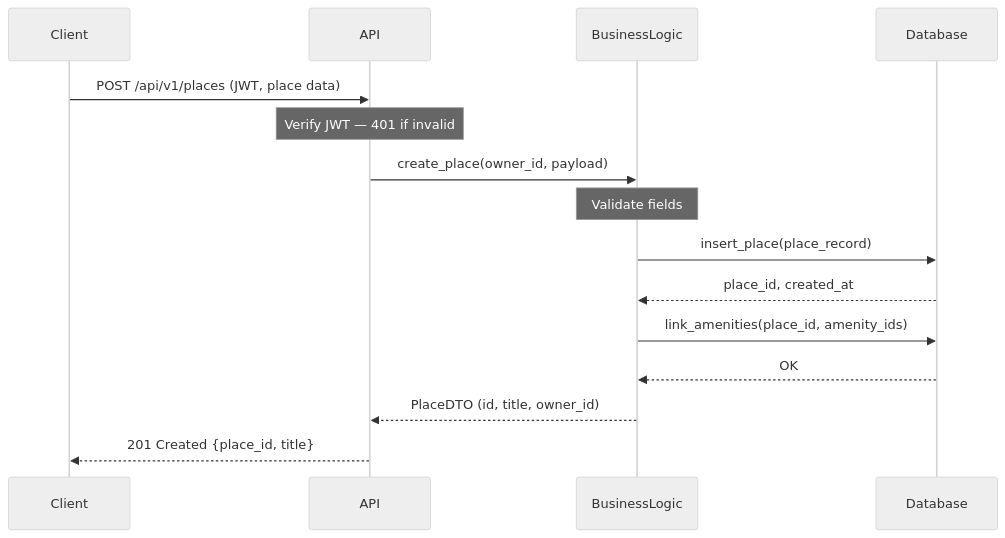
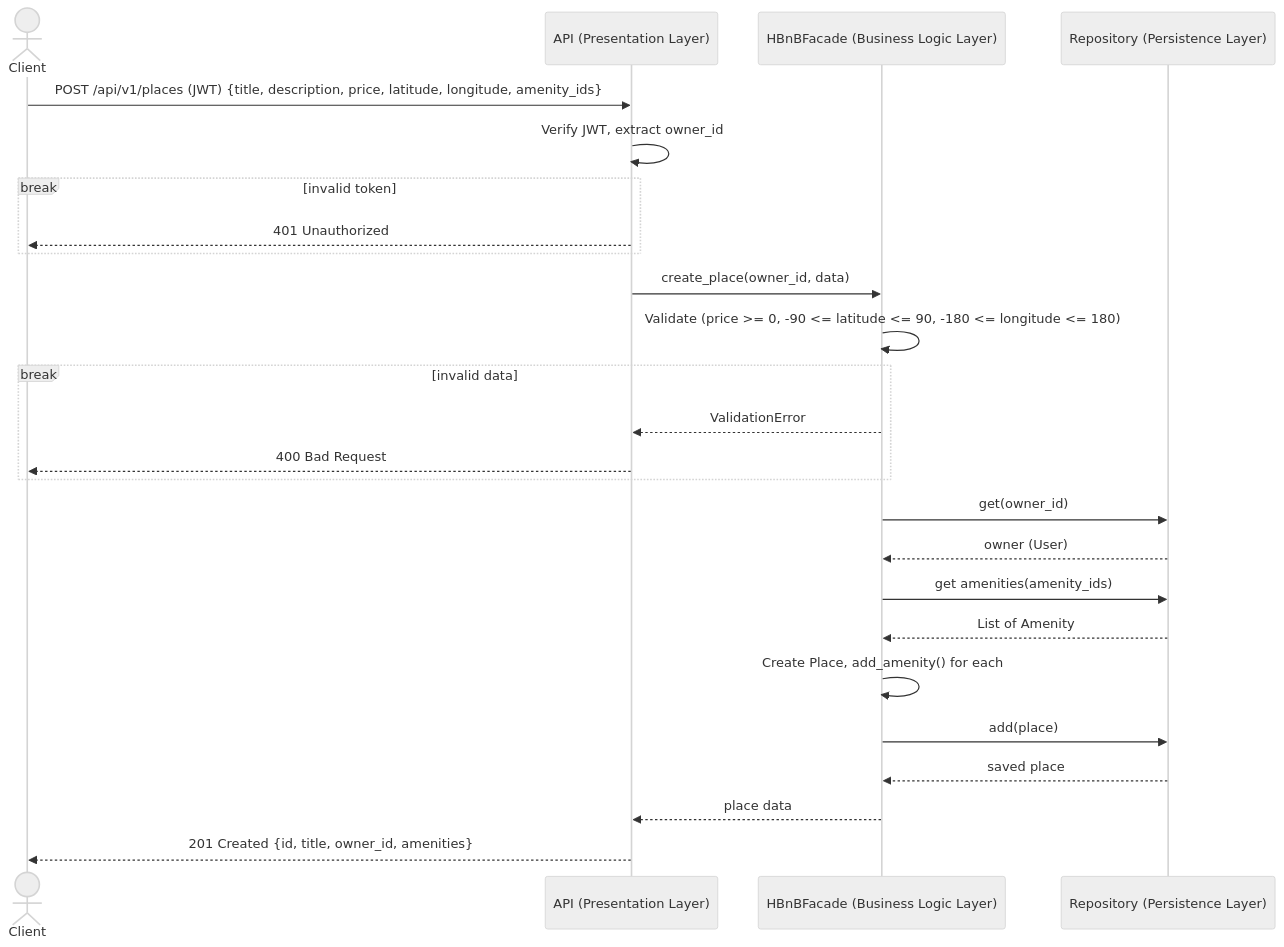
Before and after one commit to quliyevadinara/holbertonschool-hbnb: the fourth of 6 diagrams in part1/diagrams.md, drawn with Mermaid (neutral theme). The commit also changed other lines of this file and 1 other file, not shown here.

Commit message:
Complete part1 technical documentation with UML diagrams

````diff
--- a/part1/diagrams.md
+++ b/part1/diagrams.md
@@ -128,18 +173,28 @@
 ```mermaid
 sequenceDiagram
-    participant Client
-    participant API
-    participant BusinessLogic
-    participant Database
+    actor Client
+    participant API as API (Presentation Layer)
+    participant BL as HBnBFacade (Business Logic Layer)
+    participant DB as Repository (Persistence Layer)
 
-    Client->>API: POST /api/v1/places (JWT, place data)
-    Note over API: Verify JWT — 401 if invalid
-    API->>BusinessLogic: create_place(owner_id, payload)
-    Note over BusinessLogic: Validate fields
-    BusinessLogic->>Database: insert_place(place_record)
-    Database-->>BusinessLogic: place_id, created_at
-    BusinessLogic->>Database: link_amenities(place_id, amenity_ids)
-    Database-->>BusinessLogic: OK
-    BusinessLogic-->>API: PlaceDTO (id, title, owner_id)
-    API-->>Client: 201 Created {place_id, title}
+    Client->>API: POST /api/v1/places (JWT) {title, description, price, latitude, longitude, amenity_ids}
+    API->>API: Verify JWT, extract owner_id
+    break invalid token
+        API-->>Client: 401 Unauthorized
+    end
+    API->>BL: create_place(owner_id, data)
+    BL->>BL: Validate (price >= 0, -90 <= latitude <= 90, -180 <= longitude <= 180)
+    break invalid data
+        BL-->>API: ValidationError
+        API-->>Client: 400 Bad Request
+    end
+    BL->>DB: get(owner_id)
+    DB-->>BL: owner (User)
+    BL->>DB: get amenities(amenity_ids)
+    DB-->>BL: List of Amenity
+    BL->>BL: Create Place, add_amenity() for each
+    BL->>DB: add(place)
+    DB-->>BL: saved place
+    BL-->>API: place data
+    API-->>Client: 201 Created {id, title, owner_id, amenities}
 ```
````
